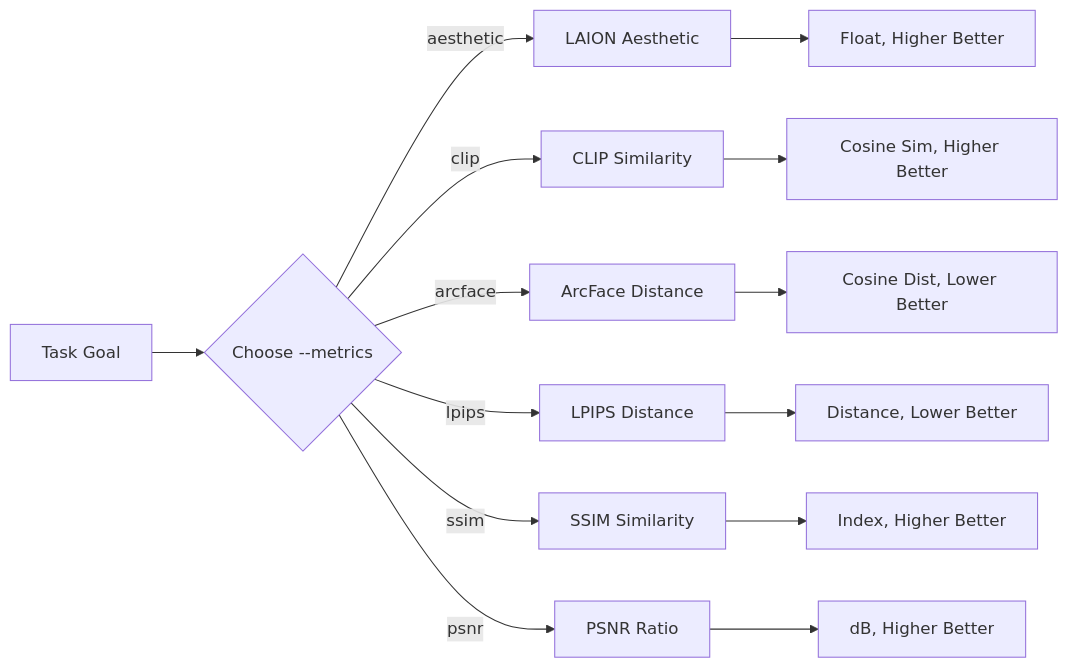
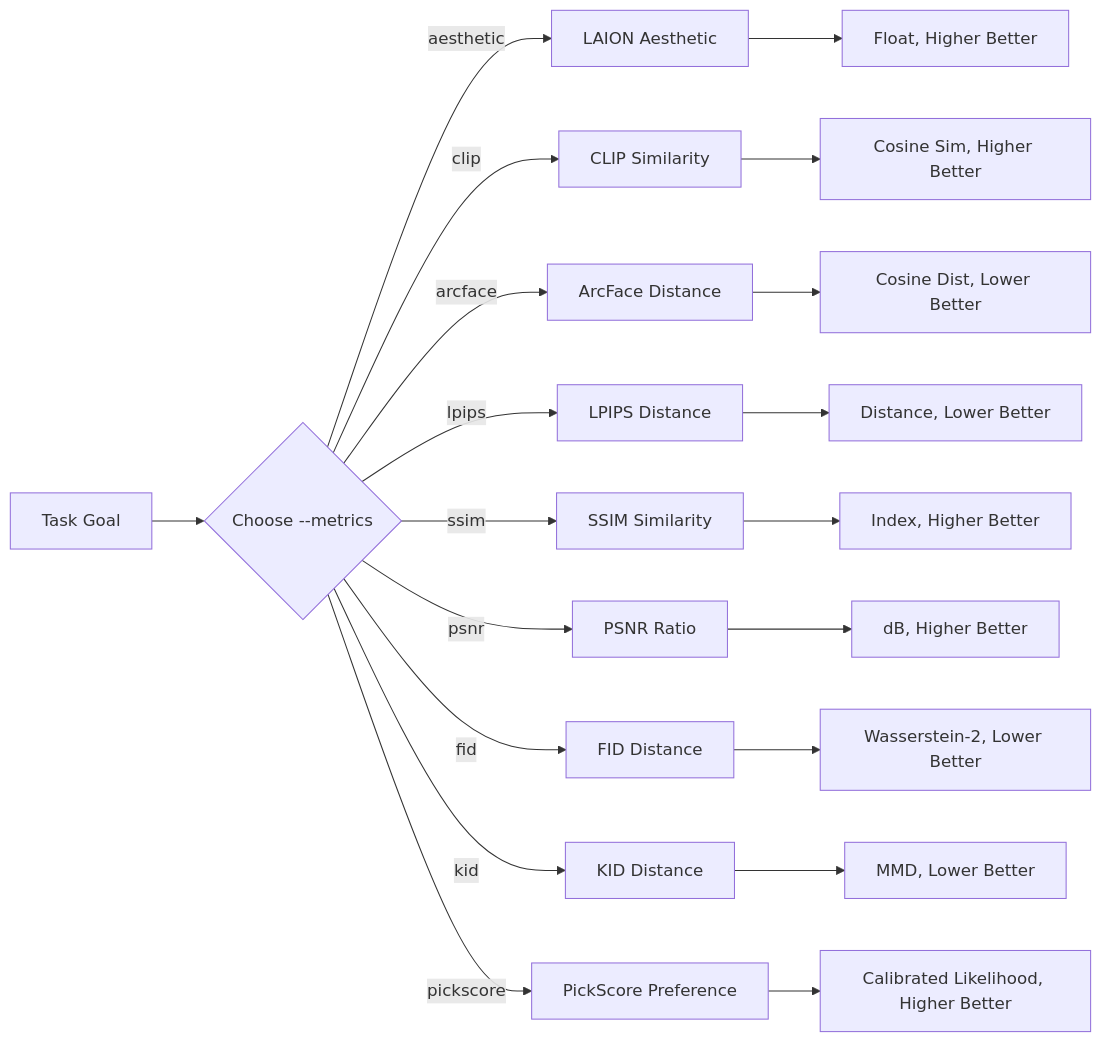
One commit to neverbiasu/image-evaluator changed the diagram in README.md. Above: the diagram before and after it, drawn with Mermaid. The commit also changed other lines of this file and 13 other files, not shown here.

First line of the commit message:
feat: complete nine-metric evaluation through M4 and M5 (FID, KID, PickScore)

````diff
--- a/README.md
+++ b/README.md
@@ -7,16 +7,22 @@
 ```mermaid
 flowchart LR
     A[Task Goal] --> B{Choose --metrics}
     B -->|aesthetic| C[LAION Aesthetic]
     B -->|clip| D[CLIP Similarity]
     B -->|arcface| E[ArcFace Distance]
     B -->|lpips| F[LPIPS Distance]
     B -->|ssim| G[SSIM Similarity]
     B -->|psnr| H[PSNR Ratio]
+    B -->|fid| O[FID Distance]
+    B -->|kid| P[KID Distance]
+    B -->|pickscore| S[PickScore Preference]
     C --> I[Float, Higher Better]
     D --> J[Cosine Sim, Higher Better]
     E --> K[Cosine Dist, Lower Better]
     F --> L[Distance, Lower Better]
     G --> M[Index, Higher Better]
     H --> N[dB, Higher Better]
+    O --> Q[Wasserstein-2, Lower Better]
+    P --> R[MMD, Lower Better]
+    S --> T[Calibrated Likelihood, Higher Better]
 ```
````
